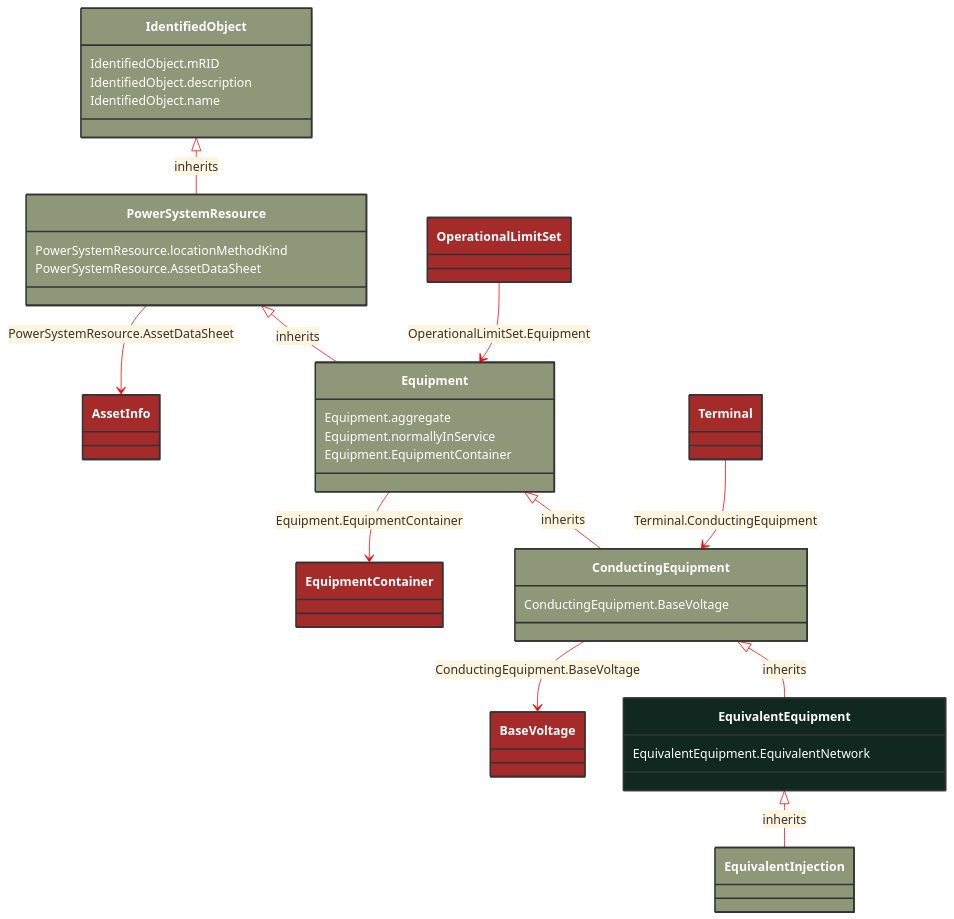
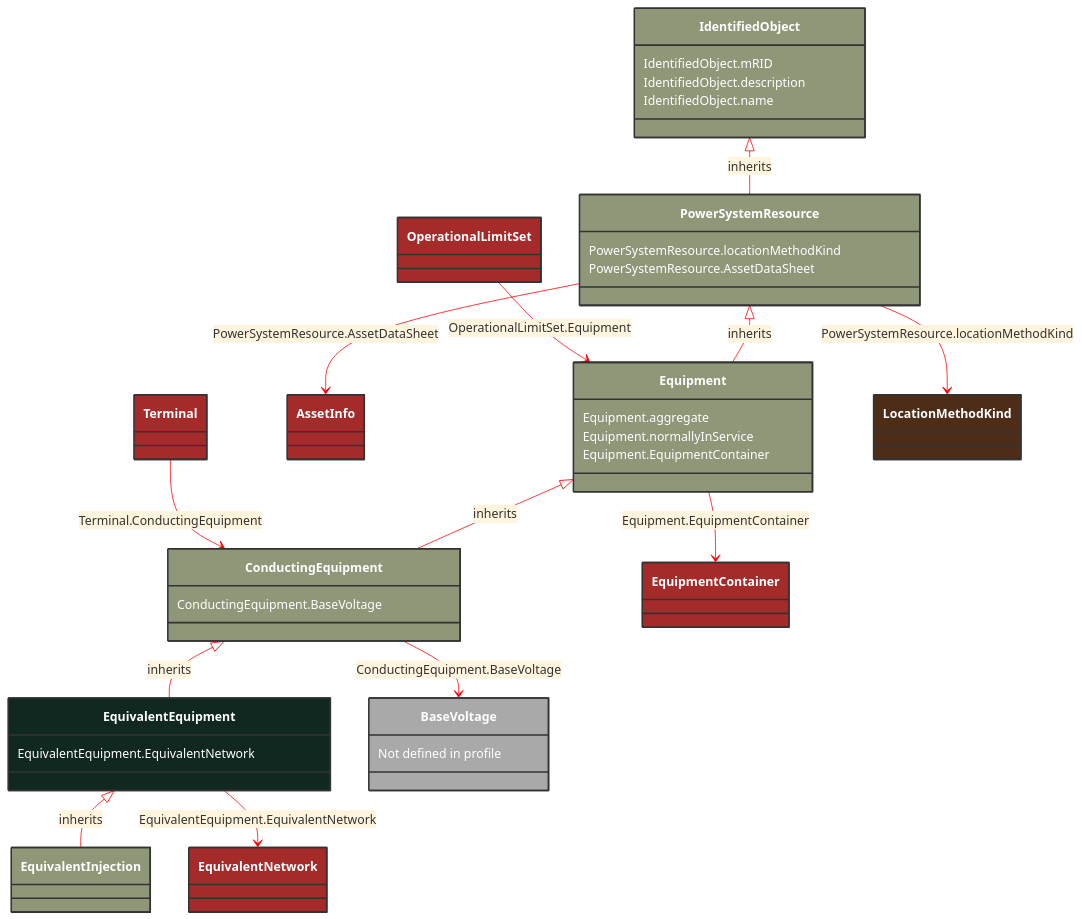
Before and after one commit to 3lbits/NoCIMExtensions: the diagram in docs/Models/Profiles/Telemark-120Equipment/AbstractClasses/EquivalentEquipment.md, drawn with Mermaid. The commit also changed 50 other files, not shown here.

Commit message:
Added a change to handle not defined references or ranges

````diff
--- a/docs/Models/Profiles/Telemark-120Equipment/AbstractClasses/EquivalentEquipment.md
+++ b/docs/Models/Profiles/Telemark-120Equipment/AbstractClasses/EquivalentEquipment.md
@@ -10,69 +10,80 @@
 ```mermaid
 %%{init: {'theme':'base','themeVariables': {'lineColor': '#FF0000'}}}%%
 classDiagram
     class EquivalentEquipment
     click EquivalentEquipment href "/Models/Profiles/Telemark-120Equipment/AbstractClasses/EquivalentEquipment/"
     style EquivalentEquipment fill:#102820,stroke:#333,stroke-width:2px,rx:10,ry:10,color:white
 
         EquivalentEquipment <|-- EquivalentInjection : inherits
 
         EquivalentInjection
             click EquivalentInjection href "/Models/Profiles/Telemark-120Equipment/ConcreteClasses/EquivalentInjection/"
             style EquivalentInjection fill:#8F9779,stroke:#333,stroke-width:2px,rx:10,ry:10,color:white
      
         ConductingEquipment <|-- EquivalentEquipment : inherits
             click ConductingEquipment href "/Models/Profiles/Telemark-120Equipment/AbstractClasses/ConductingEquipment/"
             style ConductingEquipment fill:#8F9779,stroke:#333,stroke-width:2px,rx:10,ry:10,color:white
      
         Equipment <|-- ConductingEquipment : inherits
             click Equipment href "/Models/Profiles/Telemark-120Equipment/AbstractClasses/Equipment/"
             style Equipment fill:#8F9779,stroke:#333,stroke-width:2px,rx:10,ry:10,color:white
      
         PowerSystemResource <|-- Equipment : inherits
             click PowerSystemResource href "/Models/Profiles/Telemark-120Equipment/AbstractClasses/PowerSystemResource/"
             style PowerSystemResource fill:#8F9779,stroke:#333,stroke-width:2px,rx:10,ry:10,color:white
      
         IdentifiedObject <|-- PowerSystemResource : inherits
             click IdentifiedObject href "/Models/Profiles/Telemark-120Equipment/AbstractClasses/IdentifiedObject/"
             style IdentifiedObject fill:#8F9779,stroke:#333,stroke-width:2px,rx:10,ry:10,color:white
 
+        EquivalentEquipment --> EquivalentNetwork : EquivalentEquipment.EquivalentNetwork
+
+        EquivalentNetwork
+            click EquivalentNetwork href "/Models/Profiles/Telemark-120Equipment/ConcreteClasses/EquivalentNetwork/"
+            style EquivalentNetwork fill:#A52A2A,stroke:#333,stroke-width:2px,rx:10,ry:10,color:white
         ConductingEquipment --> BaseVoltage : ConductingEquipment.BaseVoltage
 
+        BaseVoltage : Not defined in profile
+
         BaseVoltage
-            click BaseVoltage href "/Models/Profiles/Telemark-120Equipment/ConcreteClasses/BaseVoltage/"
-            style BaseVoltage fill:#A52A2A,stroke:#333,stroke-width:2px,rx:10,ry:10,color:white
+            style BaseVoltage fill:#A9A9A9,stroke:#333,stroke-width:2px,rx:10,ry:10,color:white
         Equipment --> EquipmentContainer : Equipment.EquipmentContainer
 
         EquipmentContainer
             click EquipmentContainer href "/Models/Profiles/Telemark-120Equipment/AbstractClasses/EquipmentContainer/"
             style EquipmentContainer fill:#A52A2A,stroke:#333,stroke-width:2px,rx:10,ry:10,color:white
         PowerSystemResource --> AssetInfo : PowerSystemResource.AssetDataSheet
 
         AssetInfo
             click AssetInfo href "/Models/Profiles/Telemark-120Equipment/ConcreteClasses/AssetInfo/"
             style AssetInfo fill:#A52A2A,stroke:#333,stroke-width:2px,rx:10,ry:10,color:white
 
         OperationalLimitSet --> Equipment : OperationalLimitSet.Equipment
 
         OperationalLimitSet
             click OperationalLimitSet href "/Models/Profiles/Telemark-120Equipment/ConcreteClasses/OperationalLimitSet/"
             style OperationalLimitSet fill:#A52A2A,stroke:#333,stroke-width:2px,rx:10,ry:10,color:white
 
         Terminal --> ConductingEquipment : Terminal.ConductingEquipment
 
         Terminal
             click Terminal href "/Models/Profiles/Telemark-120Equipment/ConcreteClasses/Terminal/"
             style Terminal fill:#A52A2A,stroke:#333,stroke-width:2px,rx:10,ry:10,color:white
 
+        PowerSystemResource --> LocationMethodKind : PowerSystemResource.locationMethodKind
+
+        LocationMethodKind
+            click LocationMethodKind href "/Models/Profiles/Telemark-120Equipment/Enumerations/LocationMethodKind/"
+            style LocationMethodKind fill:#4D2D18,stroke:#333,stroke-width:2px,rx:10,ry:10,color:white
 
         EquivalentEquipment : EquivalentEquipment.EquivalentNetwork
         ConductingEquipment : ConductingEquipment.BaseVoltage
         Equipment : Equipment.aggregate
         Equipment : Equipment.normallyInService
         Equipment : Equipment.EquipmentContainer
         PowerSystemResource : PowerSystemResource.locationMethodKind
         PowerSystemResource : PowerSystemResource.AssetDataSheet
         IdentifiedObject : IdentifiedObject.mRID
         IdentifiedObject : IdentifiedObject.description
         IdentifiedObject : IdentifiedObject.name
 ```
````
